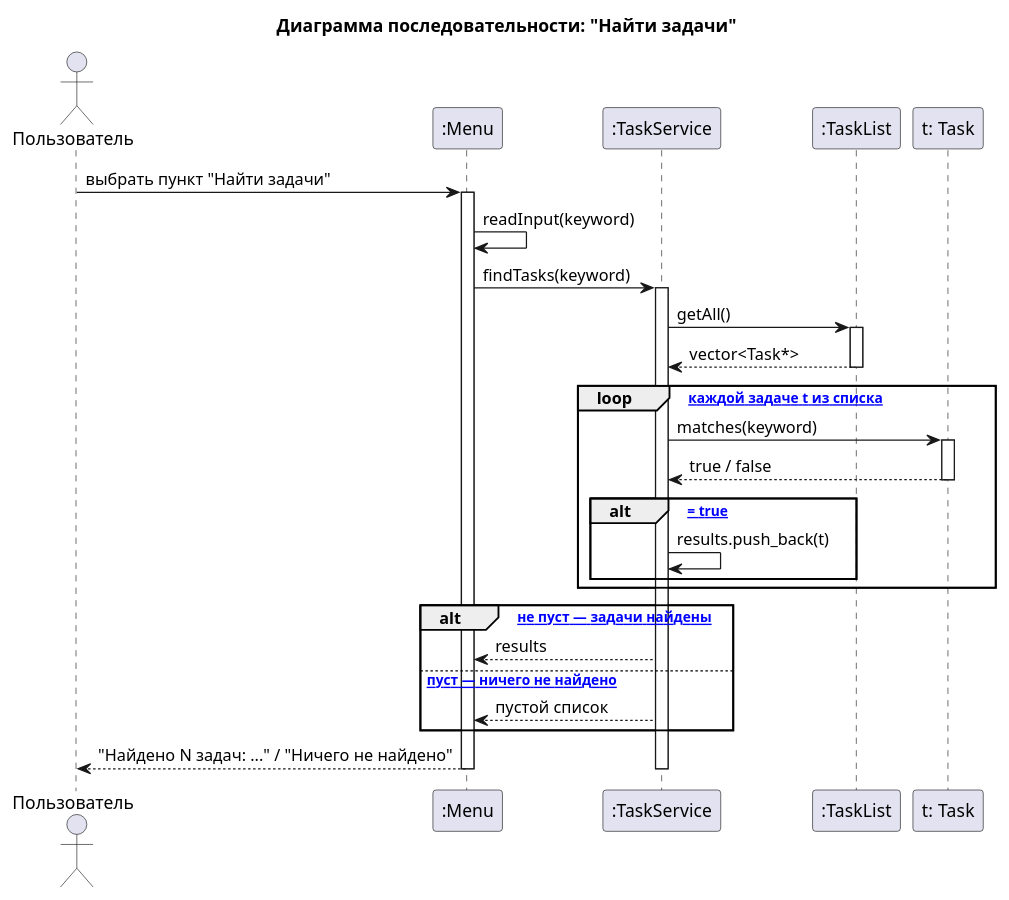
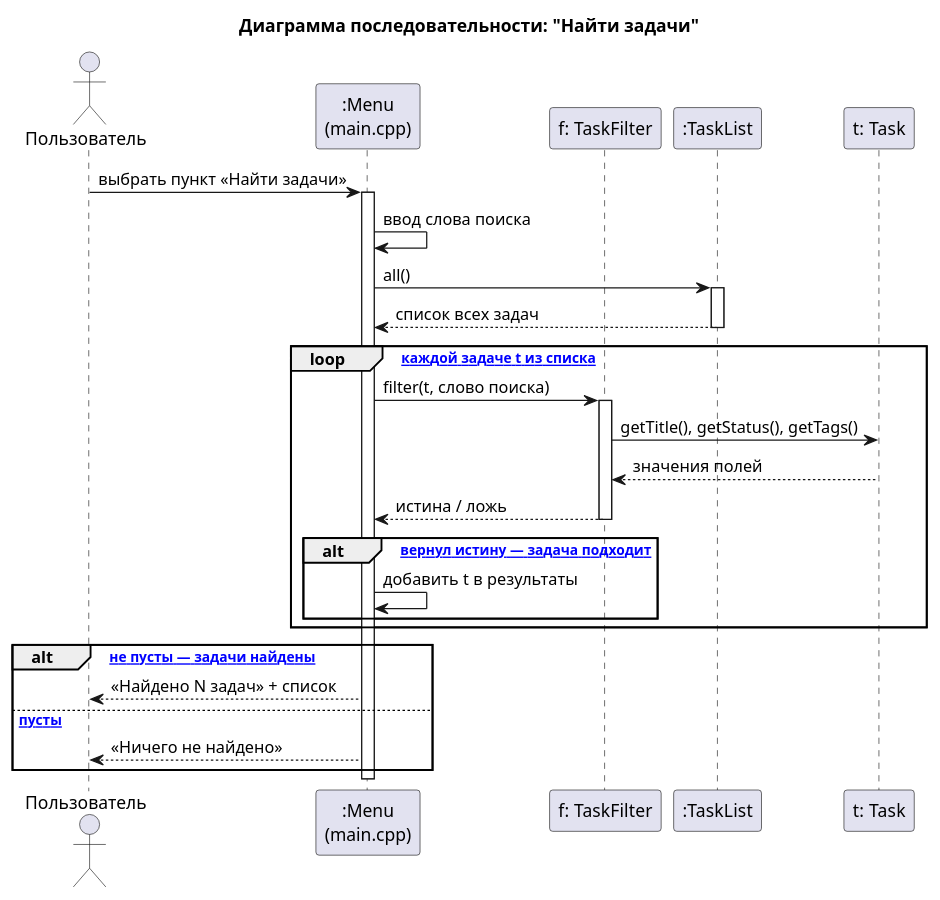
The diagram in docs/uml/04_seq_search.puml (Ruslan1209/TaskFlow), drawn with PlantUML before and after one commit.

```diff
--- a/docs/uml/04_seq_search.puml
+++ b/docs/uml/04_seq_search.puml
@@ -1,40 +1,37 @@
 @startuml 04_seq_search
 title Диаграмма последовательности: "Найти задачи"
 
-actor Пользователь as User
-participant ":Menu" as M
-participant ":TaskService" as S
+actor Пользователь as U
+participant ":Menu\n(main.cpp)" as M
+participant "f: TaskFilter" as F
 participant ":TaskList" as L
 participant "t: Task" as T
 
-User -> M : выбрать пункт "Найти задачи"
+U -> M : выбрать пункт «Найти задачи»
 activate M
-M -> M : readInput(keyword)
-M -> S : findTasks(keyword)
-activate S
+M -> M : ввод слова поиска
 
-S -> L : getAll()
+M -> L : all()
 activate L
-L --> S : vector<Task*>
+L --> M : список всех задач
 deactivate L
 
 loop [по каждой задаче t из списка]
-  S -> T : matches(keyword)
-  activate T
-  T --> S : true / false
-  deactivate T
-  alt [matches = true]
-    S -> S : results.push_back(t)
+  M -> F : filter(t, слово поиска)
+  activate F
+  F -> T : getTitle(), getStatus(), getTags()
+  T --> F : значения полей
+  F --> M : истина / ложь
+  deactivate F
+  alt [фильтр вернул истину — задача подходит]
+    M -> M : добавить t в результаты
   end
 end
 
-alt [results не пуст — задачи найдены]
-  S --> M : results
-else [results пуст — ничего не найдено]
-  S --> M : пустой список
+alt [результаты не пусты — задачи найдены]
+  M --> U : «Найдено N задач» + список
+else [результаты пусты]
+  M --> U : «Ничего не найдено»
 end
-
-M --> User : "Найдено N задач: ..." / "Ничего не найдено"
-deactivate S
 deactivate M
 @enduml
```
